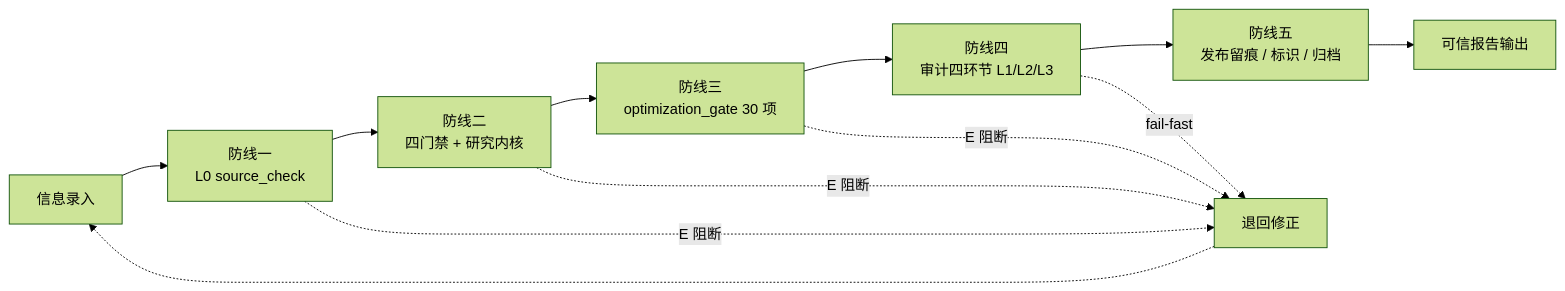
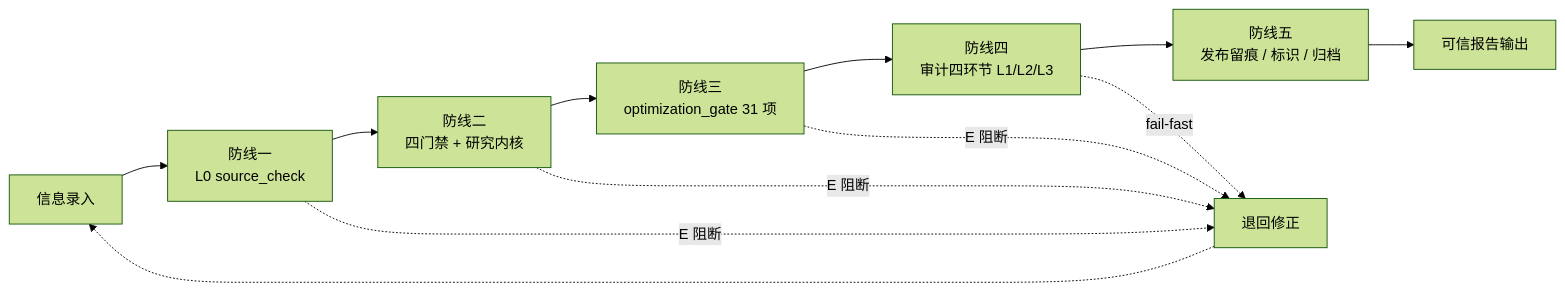
The second of 4 diagrams in engine/docs/report-pipeline-system.md (hmbphxkw76-byte/tech-context-digest), drawn with Mermaid (forest theme) before and after one commit. The commit also changed other lines of this file and 37 other files, not shown here.

````diff
--- a/engine/docs/report-pipeline-system.md
+++ b/engine/docs/report-pipeline-system.md
@@ -59,14 +59,14 @@
 ```mermaid
 flowchart LR
     IN["信息录入"] --> D1["防线一<br/>L0 source_check"]
     D1 --> D2["防线二<br/>四门禁 + 研究内核"]
-    D2 --> D3["防线三<br/>optimization_gate 30 项"]
+    D2 --> D3["防线三<br/>optimization_gate 31 项"]
     D3 --> D4["防线四<br/>审计四环节 L1/L2/L3"]
     D4 --> D5["防线五<br/>发布留痕 / 标识 / 归档"]
     D5 --> OUT["可信报告输出"]
     D1 -. "E 阻断" .-> BLOCK["退回修正"]
     D2 -. "E 阻断" .-> BLOCK
     D3 -. "E 阻断" .-> BLOCK
     D4 -. "fail-fast" .-> BLOCK
     BLOCK -.-> IN
 ```
````
